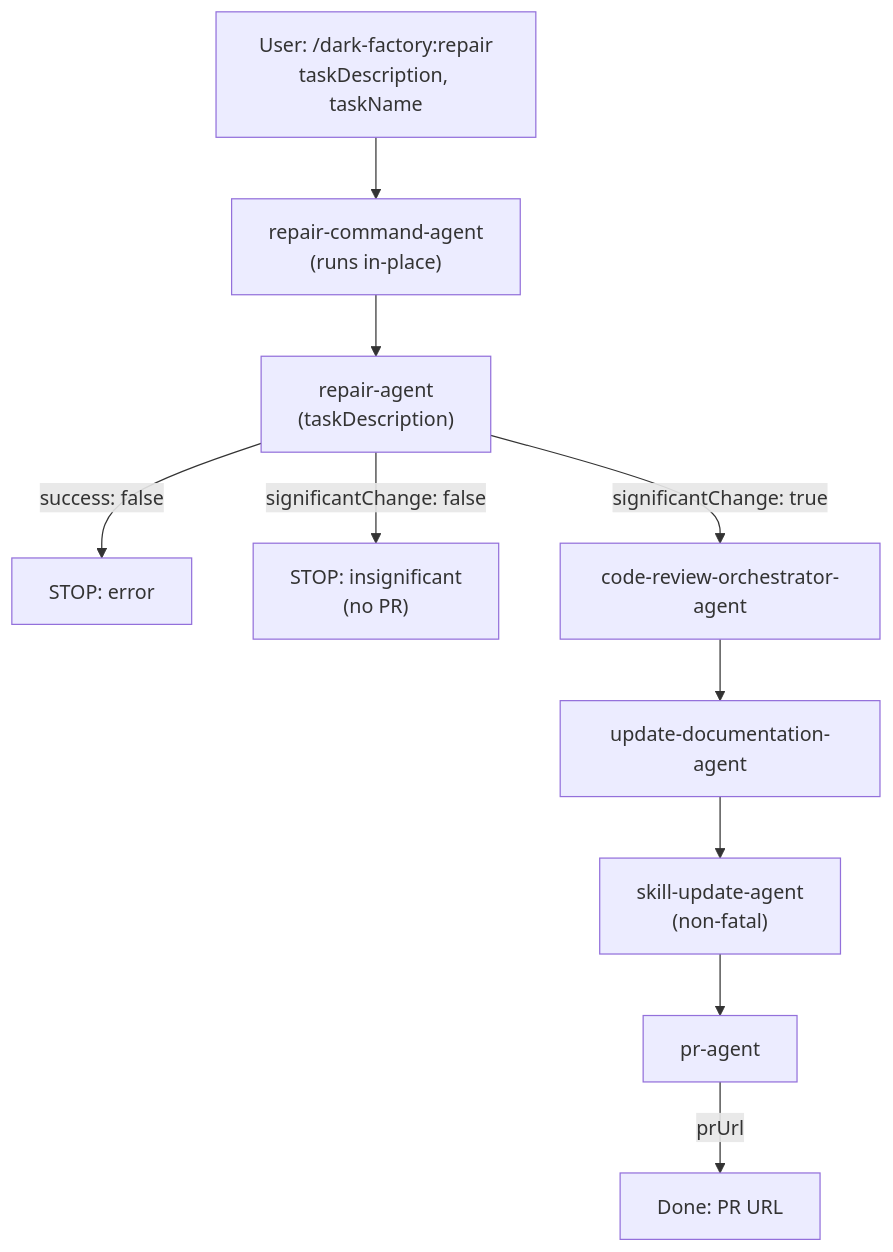
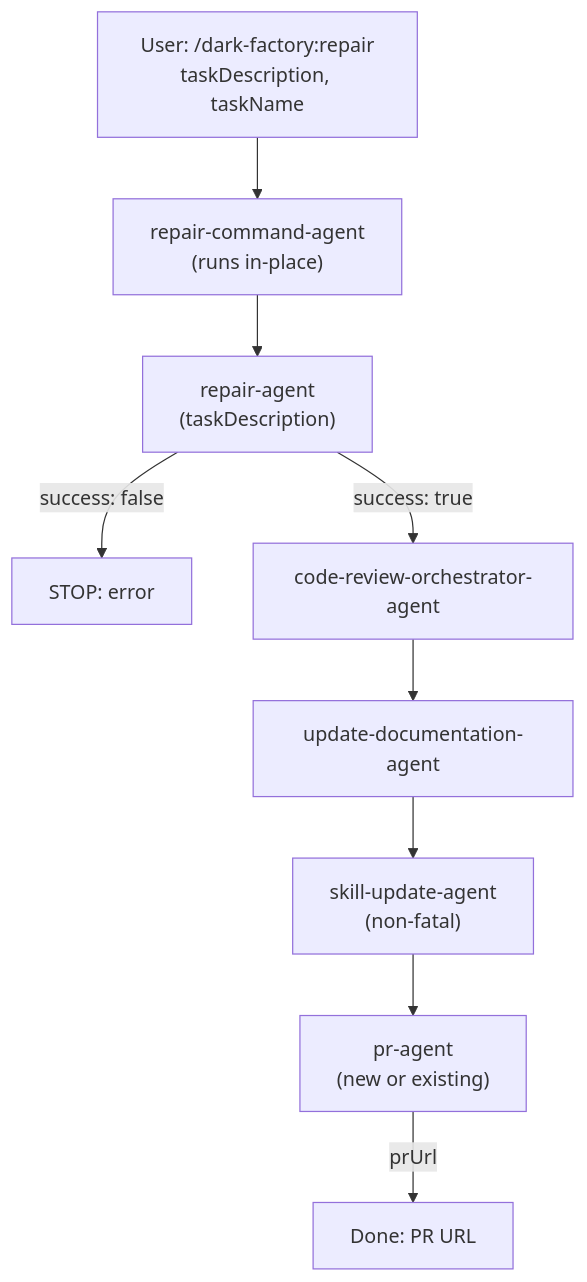
One commit to lewibs/dark-factory changed the diagram in docs/docs/repair-command-agent.md. Above: the diagram before and after it, drawn with Mermaid. The commit also changed other lines of this file and 4 other files, not shown here.

First line of the commit message:
fix(repair-command-agent): remove significantChange fast-path, always run post-pipeline

````diff
--- a/docs/docs/repair-command-agent.md
+++ b/docs/docs/repair-command-agent.md
@@ -13,17 +13,16 @@
 ```mermaid
 flowchart TD
   User["User: /dark-factory:repair\ntaskDescription, taskName"] --> RCA
 
   RCA["repair-command-agent\n(runs in-place)"]
 
   RCA --> RA["repair-agent\n(taskDescription)"]
 
   RA -->|"success: false"| ERR["STOP: error"]
-  RA -->|"significantChange: false"| FAST["STOP: insignificant\n(no PR)"]
-  RA -->|"significantChange: true"| CRO["code-review-orchestrator-agent"]
+  RA -->|"success: true"| CRO["code-review-orchestrator-agent"]
 
   CRO --> UDA["update-documentation-agent"]
   UDA --> SUA["skill-update-agent\n(non-fatal)"]
-  SUA --> PRA["pr-agent"]
+  SUA --> PRA["pr-agent\n(new or existing)"]
   PRA -->|"prUrl"| Done["Done: PR URL"]
 ```
````
